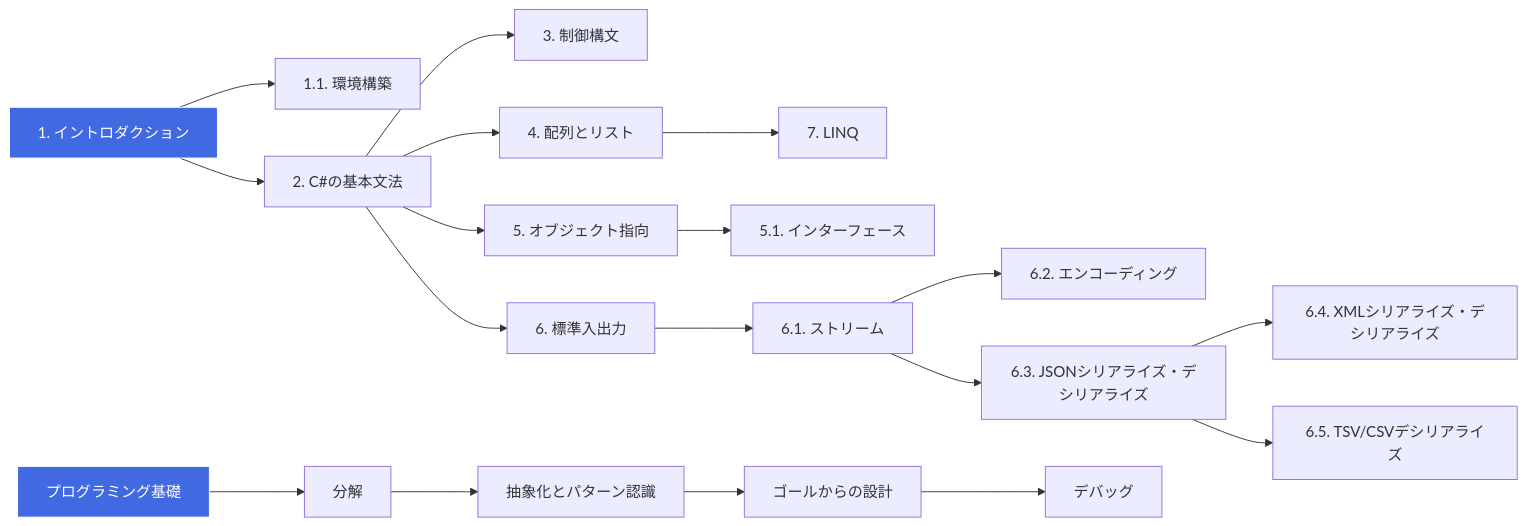
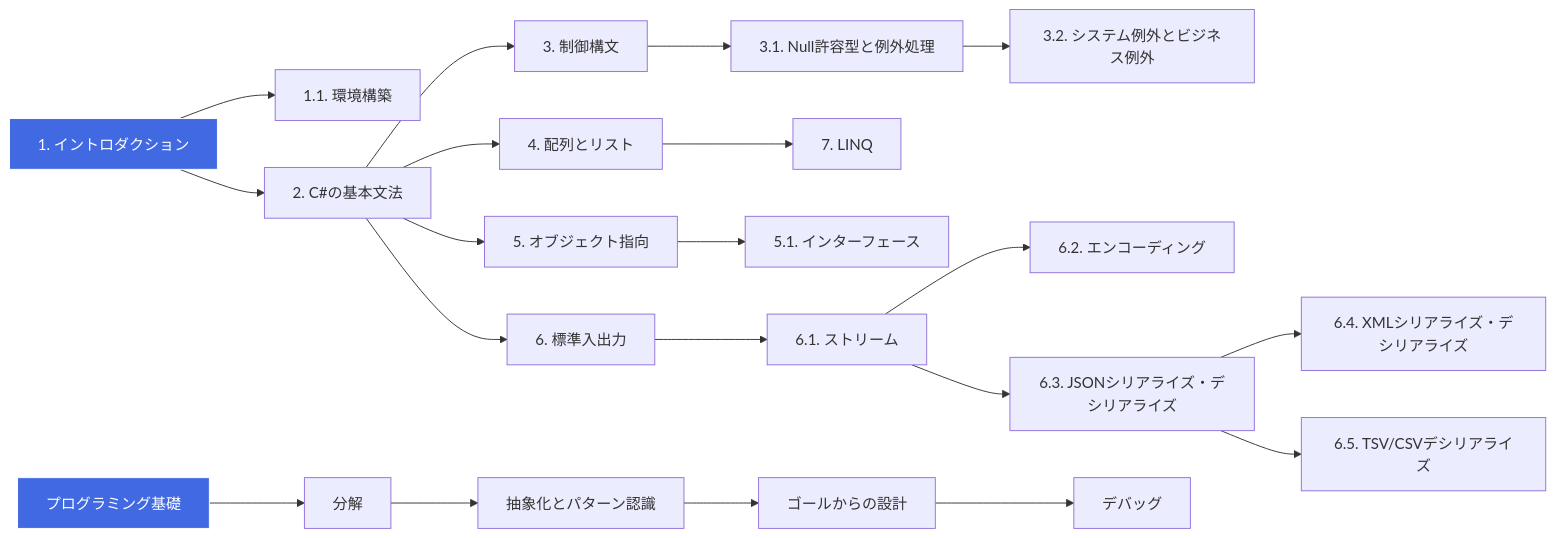
Before and after one commit to h0r1-m/csharp_zoro_to_hero: the diagram in README.md, drawn with Mermaid. The commit also changed other lines of this file and 2 other files, not shown here.

Commit message:
Null許容型と例外処理

````diff
--- a/README.md
+++ b/README.md
@@ -16,22 +16,24 @@
 ```mermaid
 flowchart LR
   S1[1. イントロダクション] --> S11[1.1. 環境構築]
   S1 --> S2[2. C#の基本文法]
   S2 --> S3[3. 制御構文]
   S2 --> S4[4. 配列とリスト]
+  S3 --> S31[3.1. Null許容型と例外処理]
+  S31 --> S32[3.2. システム例外とビジネス例外]
   S4 --> S7[7. LINQ]
   S2 --> S5[5. オブジェクト指向]
   S5 --> S51[5.1. インターフェース]
   S2 --> S6[6. 標準入出力]
   S6 --> S61[6.1. ストリーム]
   S61 --> S62[6.2. エンコーディング]
   S61 --> S63[6.3. JSONシリアライズ・デシリアライズ]
   S63 --> S64[6.4. XMLシリアライズ・デシリアライズ]
   S63 --> S65[6.5. TSV/CSVデシリアライズ]
   P0[プログラミング基礎] --> P1[分解]
   P1 --> P2[抽象化とパターン認識]
   P2 --> P3[ゴールからの設計]
   P3 --> P4[デバッグ]
   style S1 fill:#4169e1,stroke:#fff,color:#fff
   style P0 fill:#4169e1,stroke:#fff,color:#fff
 ```
````
